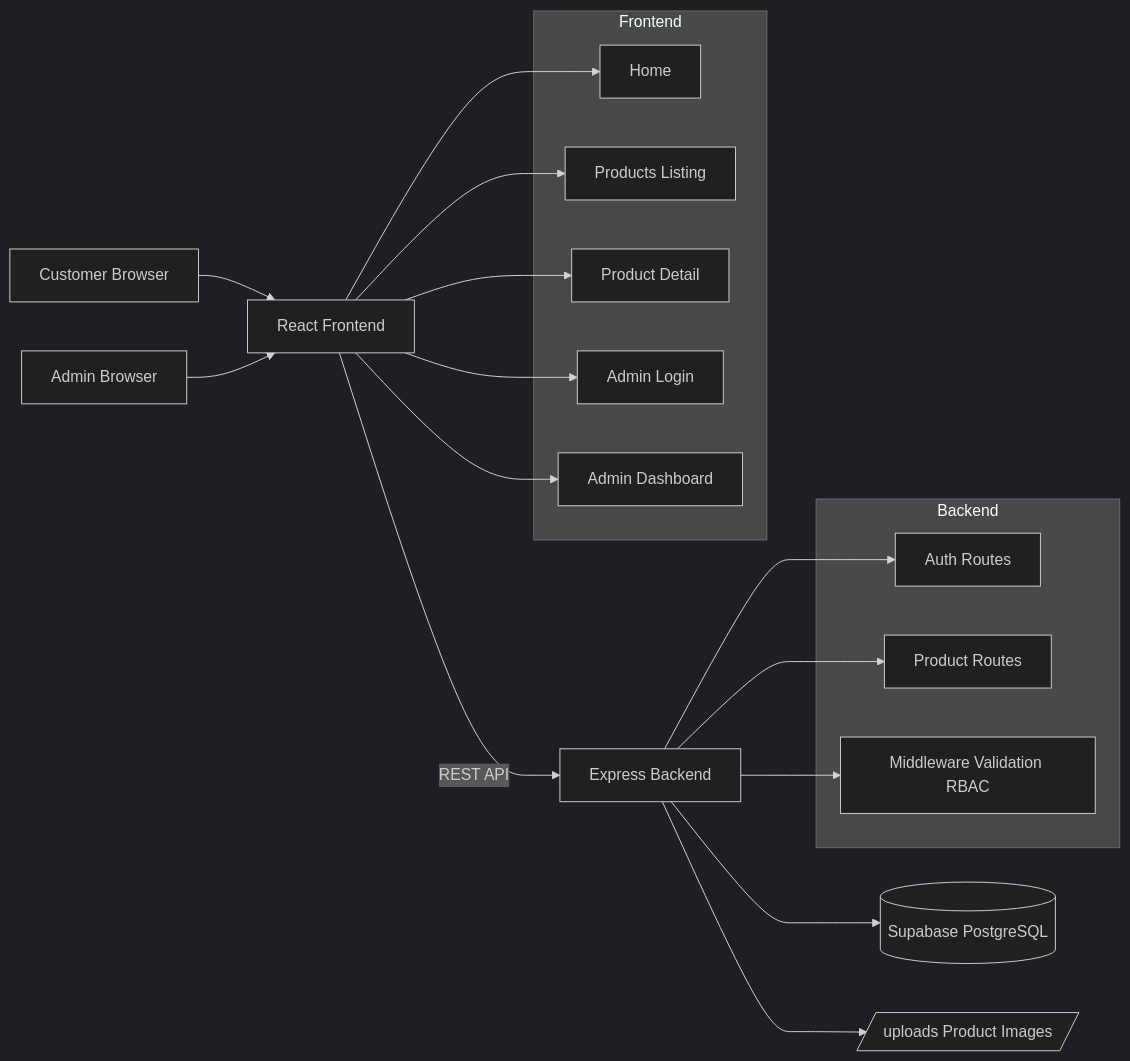
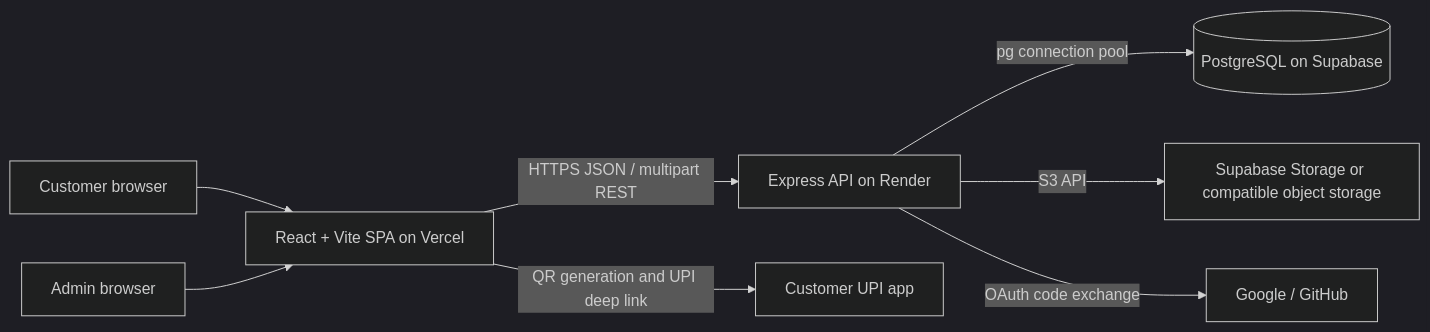
The diagram in README.md (Chinthasaiganesh/Vaishnavi-Silk-Emporium), drawn with Mermaid (dark theme) before and after one commit. The commit also changed other lines of this file and 32 other files, not shown here.

````diff
--- a/README.md
+++ b/README.md
@@ -51,32 +25,10 @@
 ```mermaid
 flowchart LR
-  C[Customer Browser] --> F[React Frontend]
-  A[Admin Browser] --> F
-  F -->|REST API| B[Express Backend]
-  B --> D[(Supabase PostgreSQL)]
-  B --> U[/uploads Product Images/]
-
-  subgraph Frontend
-    F1[Home]
-    F2[Products Listing]
-    F3[Product Detail]
-    F4[Admin Login]
-    F5[Admin Dashboard]
-  end
-
-  F --> F1
-  F --> F2
-  F --> F3
-  F --> F4
-  F --> F5
-
-  subgraph Backend
-    B1[Auth Routes]
-    B2[Product Routes]
-    B3[Middleware Validation RBAC]
-  end
-
-  B --> B1
-  B --> B2
-  B --> B3
+  Customer[Customer browser] --> Frontend[React + Vite SPA on Vercel]
+  Admin[Admin browser] --> Frontend
+  Frontend -->|HTTPS JSON / multipart REST| API[Express API on Render]
+  API -->|pg connection pool| DB[(PostgreSQL on Supabase)]
+  API -->|S3 API| Storage[Supabase Storage or compatible object storage]
+  API -->|OAuth code exchange| OAuth[Google / GitHub]
+  Frontend -->|QR generation and UPI deep link| UPI[Customer UPI app]
 ```
````
